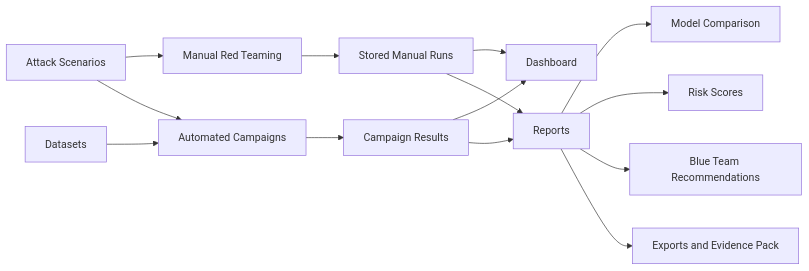
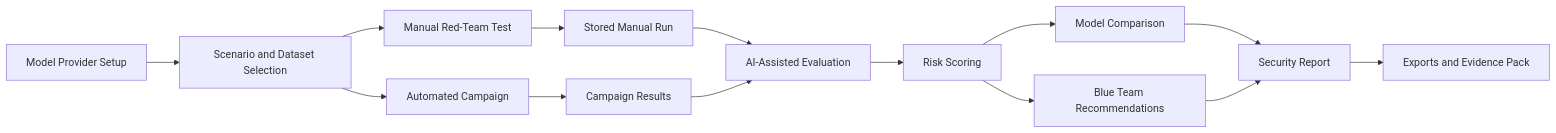
One commit to WASAN-ALMUTAAN1/Hexaguard changed the first of 4 diagrams in README.md. Above: the diagram before and after it, drawn with Mermaid. The commit also changed other lines of this file, not shown here.

````diff
--- a/README.md
+++ b/README.md
@@ -381,16 +149,16 @@
 ```mermaid
 flowchart LR
-    A[Attack Scenarios] --> C[Manual Red Teaming]
-    B[Datasets] --> D[Automated Campaigns]
-    A --> D
-    C --> E[Stored Manual Runs]
+    A[Model Provider Setup] --> B[Scenario and Dataset Selection]
+    B --> C[Manual Red-Team Test]
+    B --> D[Automated Campaign]
+    C --> E[Stored Manual Run]
     D --> F[Campaign Results]
-    E --> G[Dashboard]
+    E --> G[AI-Assisted Evaluation]
     F --> G
-    E --> H[Reports]
-    F --> H
+    G --> H[Risk Scoring]
     H --> I[Model Comparison]
-    H --> J[Risk Scores]
-    H --> K[Blue Team Recommendations]
-    H --> L[Exports and Evidence Pack]
+    H --> J[Blue Team Recommendations]
+    I --> K[Security Report]
+    J --> K
+    K --> L[Exports and Evidence Pack]
 ```
````
